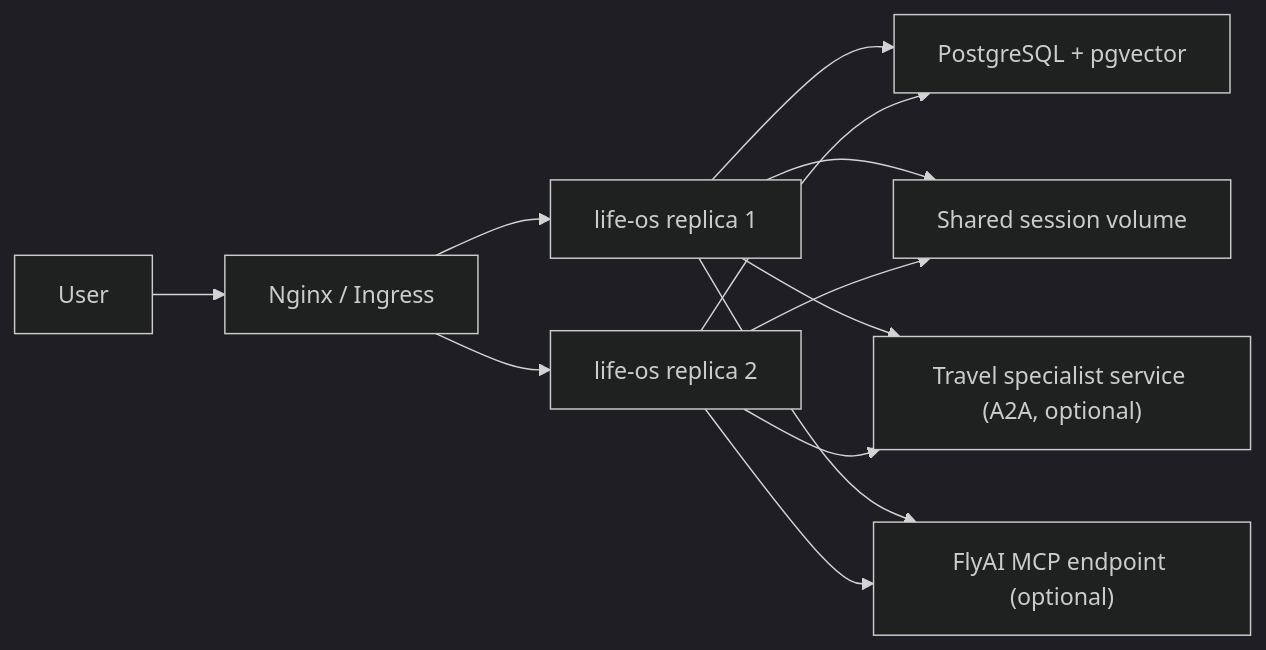
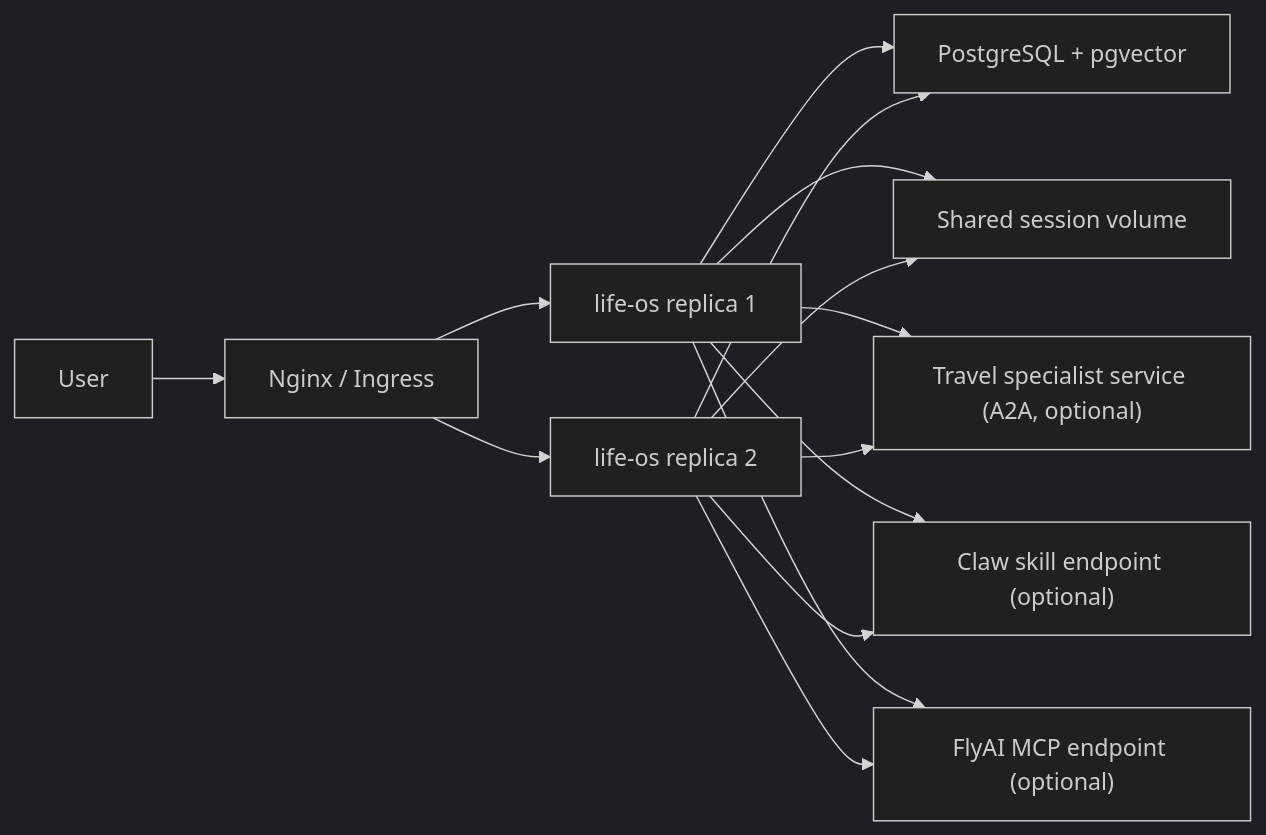
One commit to chenyuliang1996/life-os changed the second of 3 diagrams in docs/architecture.md. Above: the diagram before and after it, drawn with Mermaid (dark theme). The commit also changed other lines of this file and 25 other files, not shown here.

````diff
--- a/docs/architecture.md
+++ b/docs/architecture.md
@@ -52,14 +53,16 @@
 ```mermaid
 flowchart LR
     USER["User"] --> LB["Nginx / Ingress"]
     LB --> APP1["life-os replica 1"]
     LB --> APP2["life-os replica 2"]
     APP1 --> PG["PostgreSQL + pgvector"]
     APP2 --> PG
     APP1 --> SESSION["Shared session volume"]
     APP2 --> SESSION
     APP1 --> TA2A["Travel specialist service (A2A, optional)"]
     APP2 --> TA2A
+    APP1 --> CLAW["Claw skill endpoint (optional)"]
+    APP2 --> CLAW
     APP1 --> FLY["FlyAI MCP endpoint (optional)"]
     APP2 --> FLY
 ```
````
